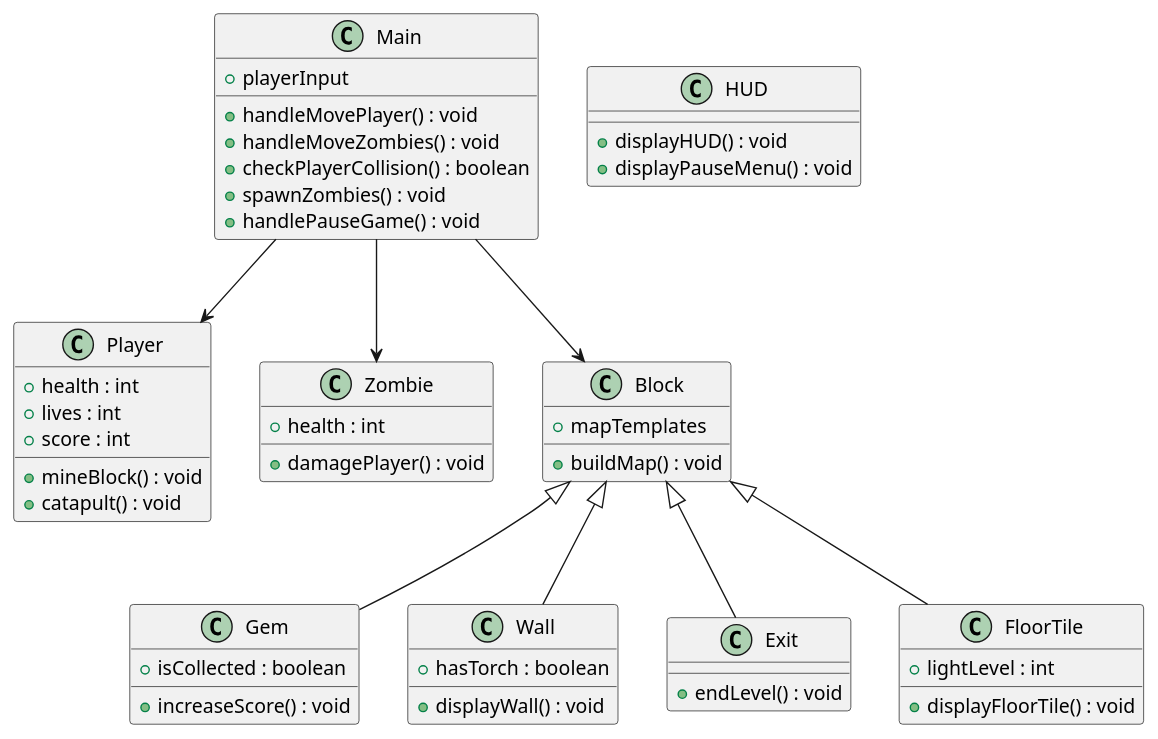
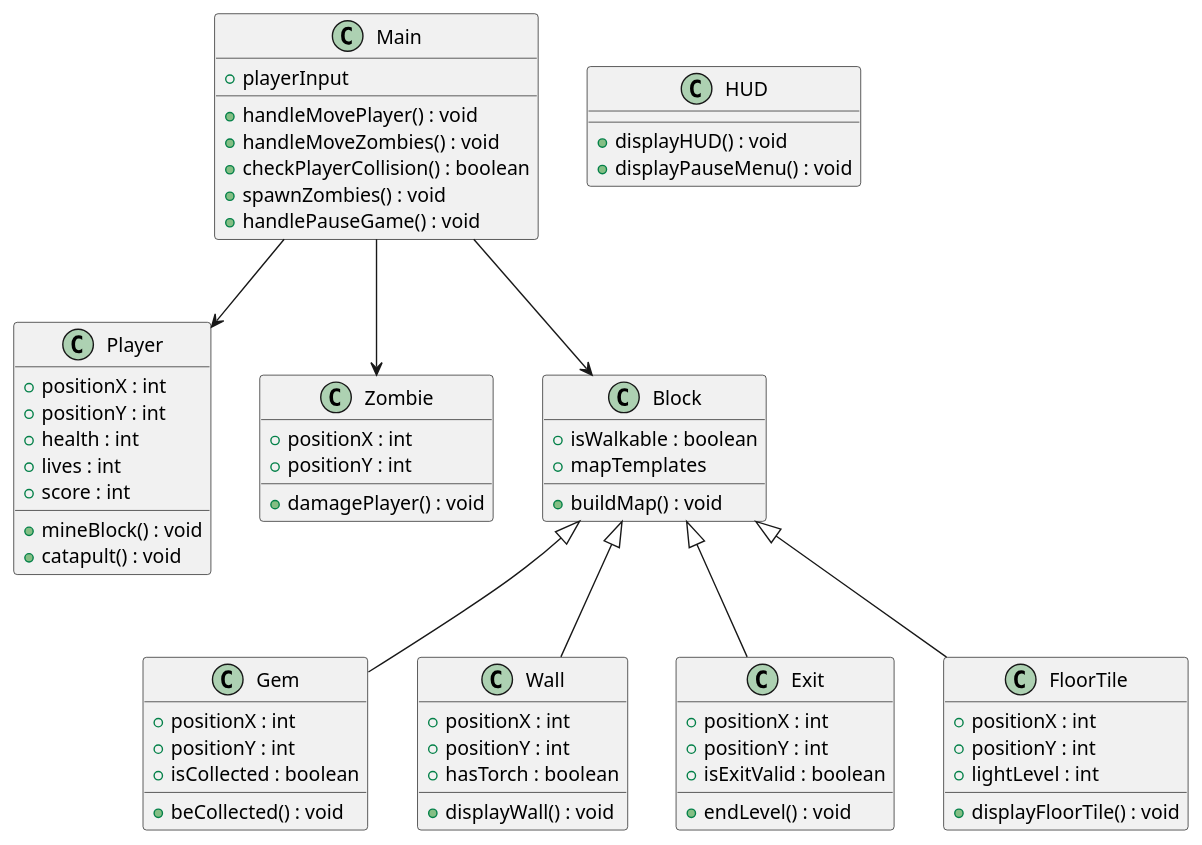
Before and after one commit to rhit-kamerhd/CSSE220-FinalProject: the diagram in .idea/GameUMLDiagram.puml, drawn with PlantUML.

Commit message:
some more fun lil uml edits

```diff
--- a/.idea/GameUMLDiagram.puml
+++ b/.idea/GameUMLDiagram.puml
@@ -1,68 +1,80 @@
 @startuml
 class Main {
     +playerInput
     +handleMovePlayer() : void
     +handleMoveZombies() : void
     +checkPlayerCollision() : boolean
     +spawnZombies() : void
     +handlePauseGame() : void
 }
 
 class Player {
+ + positionX : int
+ + positionY : int
 +health : int
 +lives : int
 +score : int
 
 +mineBlock() : void
 +catapult() : void
 }
 
 class Zombie {
-+health : int
++positionX : int
++positionY : int
 +damagePlayer() : void
 }
 
 class HUD {
 +displayHUD() : void
 +displayPauseMenu() : void
 }
 
 class Block{
++isWalkable : boolean
 +mapTemplates
 +buildMap() : void
 }
 
 class Gem {
+    + positionX : int
+    + positionY : int
     + isCollected : boolean
-    + increaseScore() : void
+    + beCollected() : void
 }
 
 class Wall{
+ + positionX : int
+ + positionY : int
  + hasTorch : boolean
  + displayWall() : void
 }
 
 class Exit{
-
+ + positionX : int
+ + positionY : int
+ + isExitValid : boolean
  + endLevel() : void
 
 
 }
 
 class FloorTile{
-+lightLevel : int
-+displayFloorTile() : void
++ positionX : int
++ positionY : int
++ lightLevel : int
++ displayFloorTile() : void
 
 }
 
 Block <|-- Wall
 Block <|-- FloorTile
 Block <|-- Gem
 Block <|-- Exit
 
 
 Main -down-> Player
 Main -down-> Zombie
 Main -down-> Block
 
 @enduml
```
